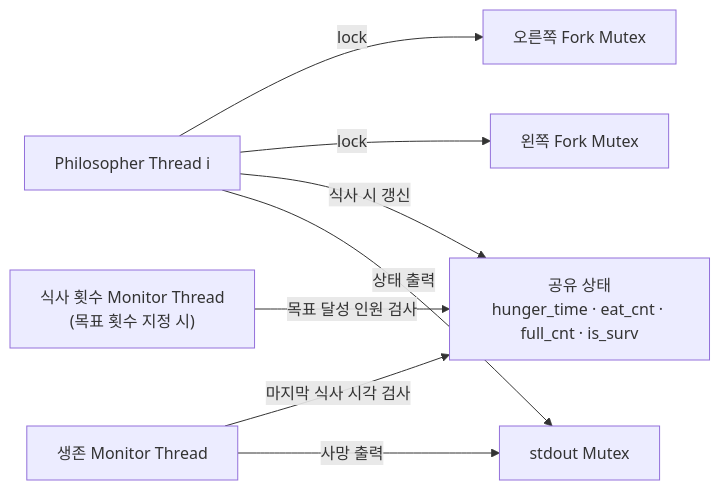
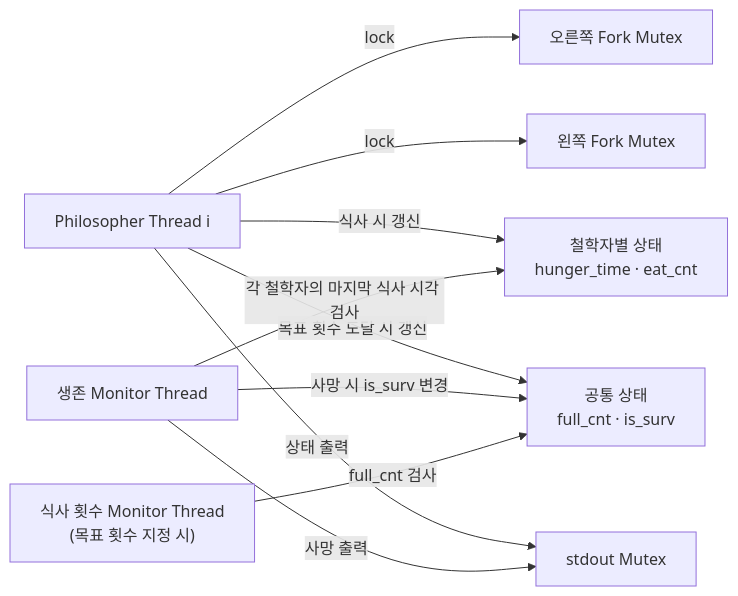
One commit to tjung03/philosophers changed the diagram in README.md. Above: the diagram before and after it, drawn with Mermaid. The commit also changed other lines of this file, not shown here.

Commit message:
docs: separate per-philosopher and shared state in diagram

````diff
--- a/README.md
+++ b/README.md
@@ -9,18 +9,23 @@
 ```mermaid
 flowchart LR
     P["Philosopher Thread i"]
     RF["오른쪽 Fork Mutex"]
     LF["왼쪽 Fork Mutex"]
-    ST["공유 상태<br/>hunger_time · eat_cnt · full_cnt · is_surv"]
+    PS["철학자별 상태<br/>hunger_time · eat_cnt"]
+    CS["공통 상태<br/>full_cnt · is_surv"]
     OUT["stdout Mutex"]
     M1["생존 Monitor Thread"]
     M2["식사 횟수 Monitor Thread<br/>(목표 횟수 지정 시)"]
 
     P -->|"lock"| RF
     P -->|"lock"| LF
-    P -->|"식사 시 갱신"| ST
+    P -->|"식사 시 갱신"| PS
+    P -->|"목표 횟수 도달 시 갱신"| CS
     P -->|"상태 출력"| OUT
-    M1 -->|"마지막 식사 시각 검사"| ST
+
+    M1 -->|"각 철학자의 마지막 식사 시각 검사"| PS
+    M1 -->|"사망 시 is_surv 변경"| CS
     M1 -->|"사망 출력"| OUT
-    M2 -->|"목표 달성 인원 검사"| ST
+
+    M2 -->|"full_cnt 검사"| CS
 ```
````
